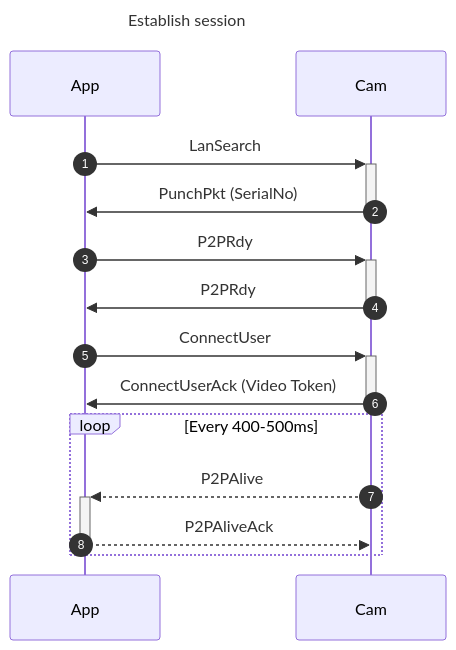
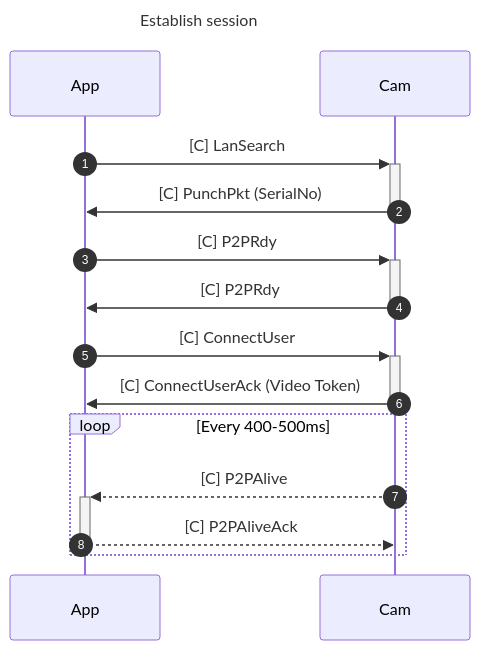
The first of 2 diagrams in README.md (DavidVentura/cam-reverse), drawn with Mermaid before and after one commit. The commit also changed other lines of this file, not shown here.

````diff
--- a/README.md
+++ b/README.md
@@ -47,19 +50,19 @@
 ```mermaid
 ---
 title: Establish session
 ---
 
 sequenceDiagram
 	autonumber
-    App->>+Cam: LanSearch
-    Cam->>-App: PunchPkt (SerialNo)
-    App->>+Cam: P2PRdy
-    Cam->>-App: P2PRdy
-    App->>+Cam: ConnectUser
-    Cam->>-App: ConnectUserAck (Video Token)
+    App->>+Cam: [C] LanSearch
+    Cam->>-App: [C] PunchPkt (SerialNo)
+    App->>+Cam: [C] P2PRdy
+    Cam->>-App: [C] P2PRdy
+    App->>+Cam: [C] ConnectUser
+    Cam->>-App: [C] ConnectUserAck (Video Token)
    
    loop Every 400-500ms
-        Cam-->>+App: P2PAlive
-        App-->>-Cam: P2PAliveAck
+        Cam-->>+App: [C] P2PAlive
+        App-->>-Cam: [C] P2PAliveAck
     end
 ```
````
